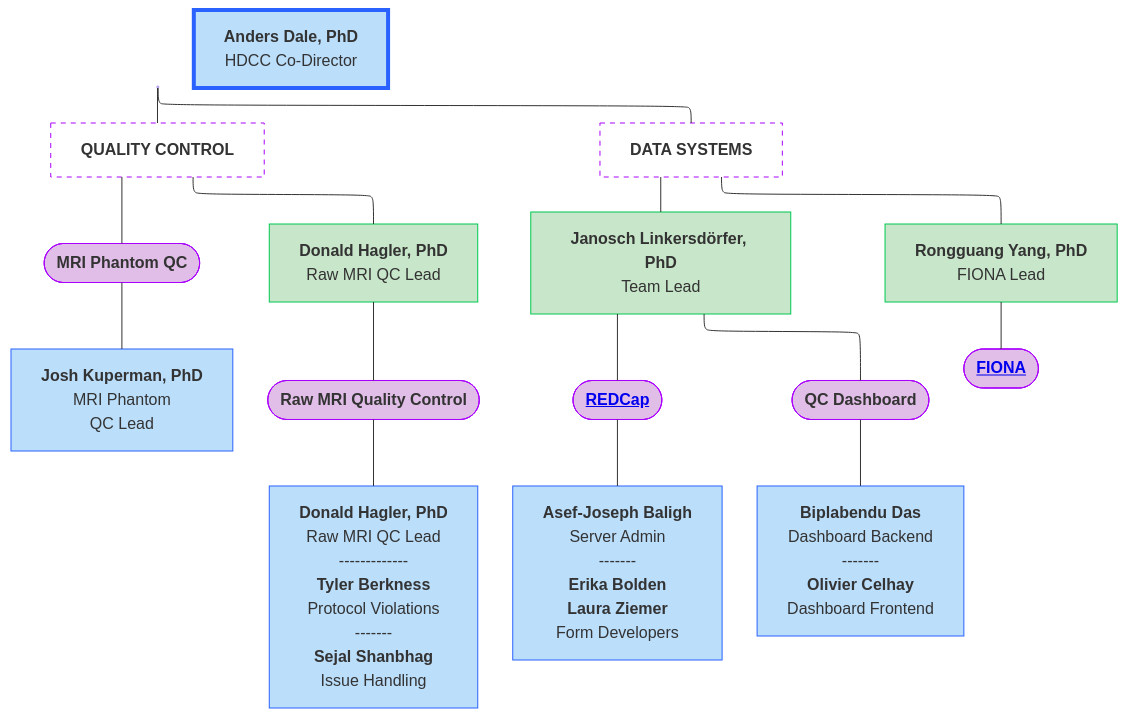
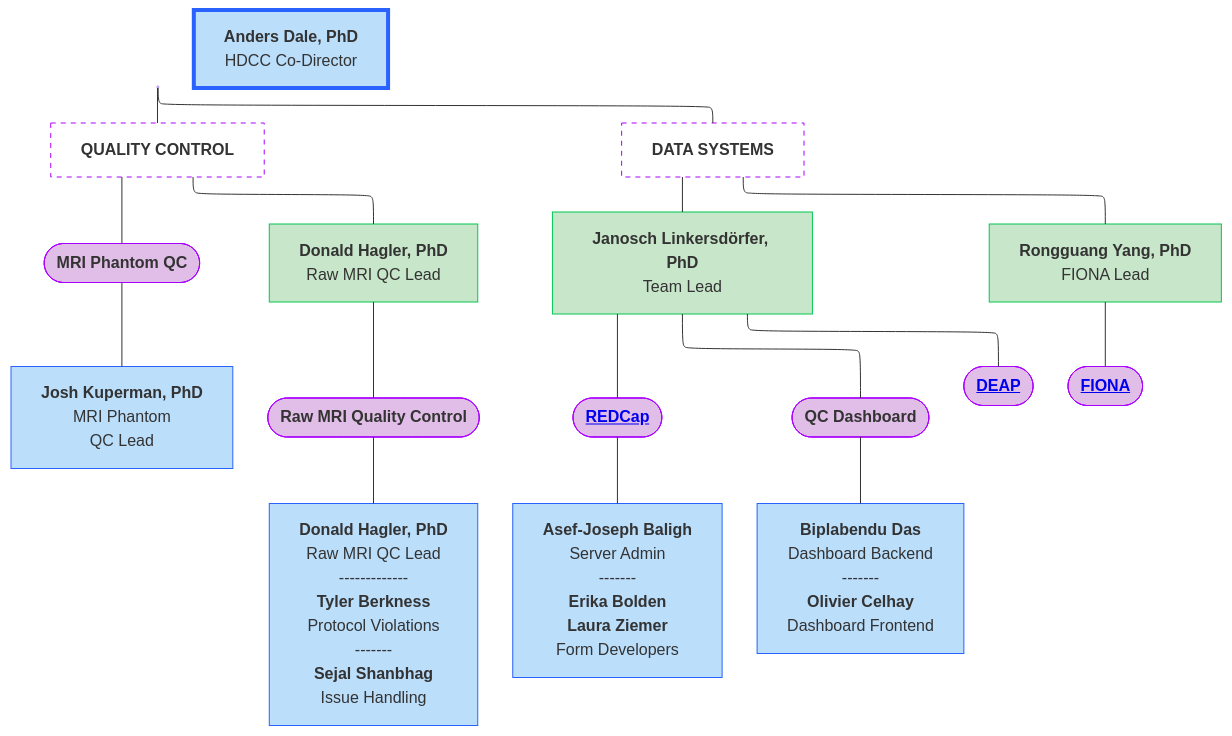
The diagram in docs/orgcharts/mermaid/jcvi.mmd (DCAN-Labs/hbcd-docs-internal), drawn with Mermaid before and after one commit. The commit also changed 1 other file, not shown here.

Commit message:
add DEAP back into JCVI org chart

```diff
--- a/docs/orgcharts/mermaid/jcvi.mmd
+++ b/docs/orgcharts/mermaid/jcvi.mmd
@@ -1,45 +1,47 @@
 ---
 config:
   layout: elk
 ---
 flowchart TB
     A["<b>Anders Dale, PhD</b><br>PI / Director"] --- QC["<b>QUALITY CONTROL</b>"] & Systems["<b>DATA SYSTEMS</b>"]
     QC --- B(["<b>MRI Phantom QC</b>"]) & n16@{ label: "<span style=\"--tw-scale-x:\"><b>Donald Hagler, PhD</b></span><br style=\"--tw-scale-x:\"><span style=\"background-color:\">Raw MRI QC Lead</span>" }
     B --- C["<b>Josh Kuperman, PhD</b><br>MRI Phantom<br>QC Lead"]
     n2(["<b>Raw MRI Quality Control</b>"]) --- n9["<b>Donald Hagler, PhD</b><br>Raw MRI QC Lead
     -------------
     <b>Tyler Berkness</b><br>Protocol Violations
     -------
     <b>Sejal Shanbhag</b><br>Issue Handling"]
     Systems --- n12@{ label: "<span style=\"--tw-scale-x:\"><b>Janosch Linkersdörfer, PhD<br></b>Team Lead</span>" } & n8["<b>Rongguang Yang, PhD</b><br>FIONA Lead"]
     n6@{ label: "<a href=\"../orgcharts/#redcap\" target=\"_top\"><b>REDCap</b></a>" } --- n4["<b>Asef-Joseph Baligh</b><br>Server Admin<br>-------<br><b>Erika Bolden<br>Laura Ziemer</b><br>Form Developers"]
-    n12 --- n6 & n13(["<b>QC Dashboard</b>"])
+    n12 --- n6 & n13(["<b>QC Dashboard</b>"]) & D@{ label: "<a href=\"../orgcharts/#deap\" target=\"_top\"><b>DEAP</b></a>" }
     n8 --- z@{ label: "<a href=\"../orgcharts/#fiona\" target=\"_top\"><b>FIONA</b></a>" }
     n13 --- n15["<b>Biplabendu Das</b><br>Dashboard Backend
     -------
     <b>Olivier Celhay</b><br>Dashboard Frontend"]
     n16 --- n2
     n11["<b>Anders Dale, PhD</b><br>HDCC Co-Director"]
     A@{ shape: anchor}
     n16@{ shape: rect}
     n12@{ shape: rect}
     n6@{ shape: stadium}
+    D@{ shape: stadium}
     z@{ shape: stadium}
     n15@{ shape: rect}
     n11@{ shape: rect}
     style A fill:#BBDEFB,stroke:#2962FF
     style QC fill:#FFFFFF,stroke:#AA00FF,stroke-dasharray: 5 5
     style Systems fill:#ffffff,stroke:#AA00FF,stroke-dasharray: 5 5
     style B fill:#E1BEE7,stroke:#AA00FF
     style n16 fill:#C8E6C9,stroke:#00C853
     style C stroke:#2962FF,fill:#BBDEFB
     style n2 fill:#E1BEE7,stroke:#AA00FF
     style n9 fill:#BBDEFB,stroke:#2962FF
     style n12 fill:#C8E6C9,stroke:#00C853
     style n8 fill:#C8E6C9,stroke:#00C853
     style n6 fill:#E1BEE7,stroke:#AA00FF
     style n4 fill:#BBDEFB,stroke:#2962FF
     style n13 fill:#E1BEE7,stroke:#AA00FF
+    style D fill:#E1BEE7,stroke:#AA00FF
     style z fill:#E1BEE7,stroke:#AA00FF
     style n15 fill:#BBDEFB,stroke:#2962FF
     style n11 fill:#BBDEFB,stroke:#2962FF,stroke-width:4px
```
